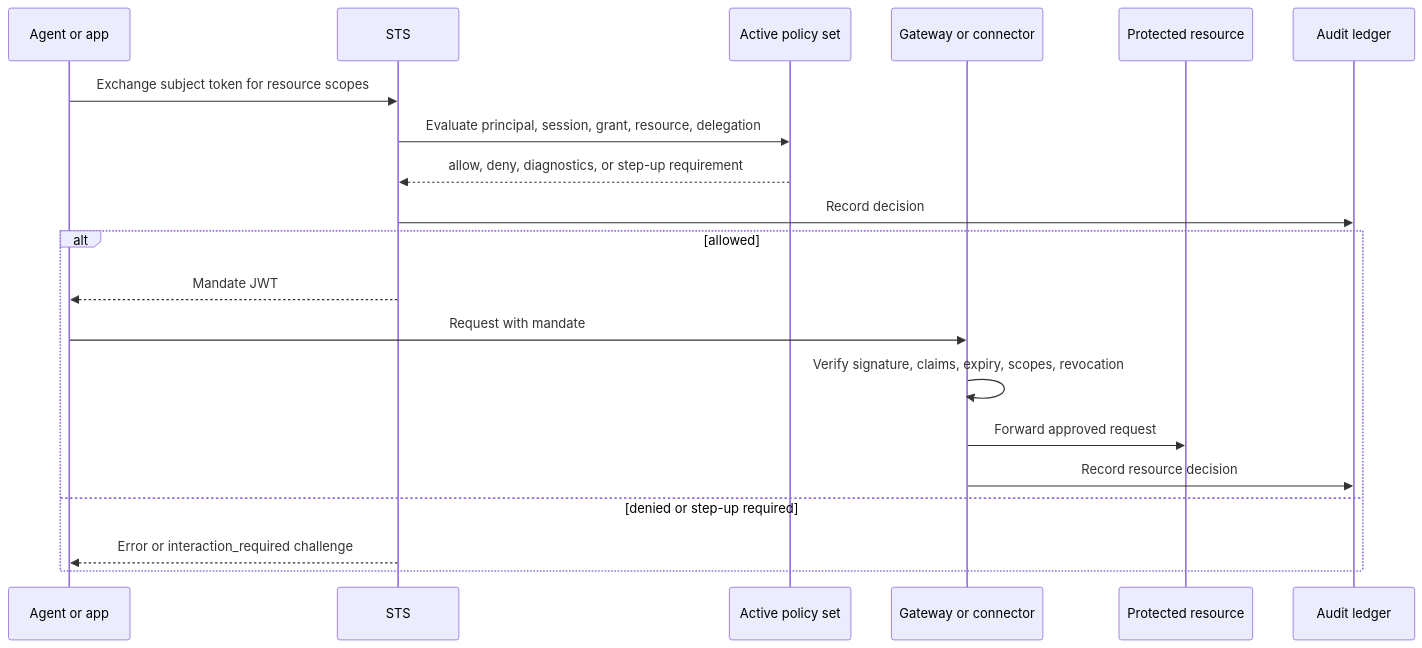
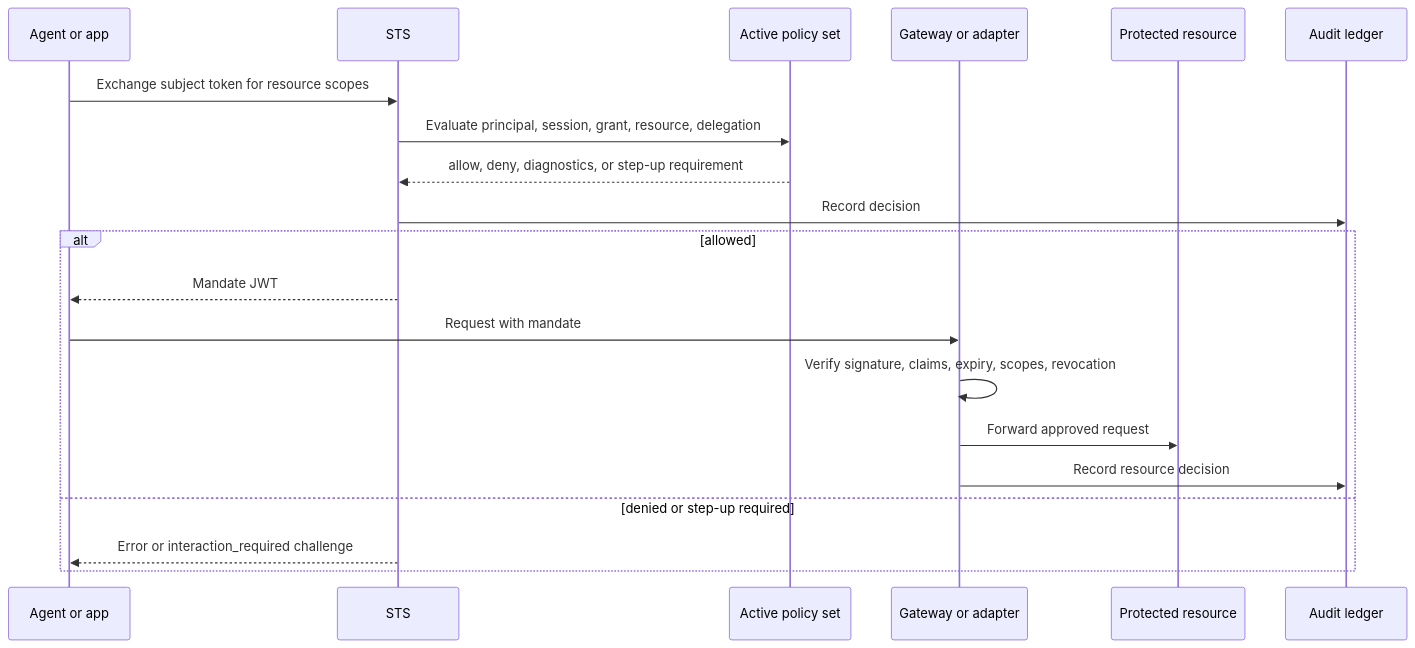
Before and after one commit to Garudex-Labs/caracal: the diagram in docs/src/content/docs/concepts/authority-model.mdx, drawn with Mermaid. The commit also changed other lines of this file and 7 other files, not shown here.

Commit message:
refactor: replace 'connector' terminology with 'adapter' across multiple documentation files

````diff
--- a/docs/src/content/docs/concepts/authority-model.mdx
+++ b/docs/src/content/docs/concepts/authority-model.mdx
@@ -15,23 +15,23 @@
 ```mermaid
 sequenceDiagram
   participant Client as Agent or app
   participant STS as STS
   participant OPA as Active policy set
-  participant Guard as Gateway or connector
+  participant Guard as Gateway or adapter
   participant Resource as Protected resource
   participant Audit as Audit ledger
 
   Client->>STS: Exchange subject token for resource scopes
   STS->>OPA: Evaluate principal, session, grant, resource, delegation
   OPA-->>STS: allow, deny, diagnostics, or step-up requirement
   STS->>Audit: Record decision
   alt allowed
     STS-->>Client: Mandate JWT
     Client->>Guard: Request with mandate
     Guard->>Guard: Verify signature, claims, expiry, scopes, revocation
     Guard->>Resource: Forward approved request
     Guard->>Audit: Record resource decision
   else denied or step-up required
     STS-->>Client: Error or interaction_required challenge
   end
 ```
````
